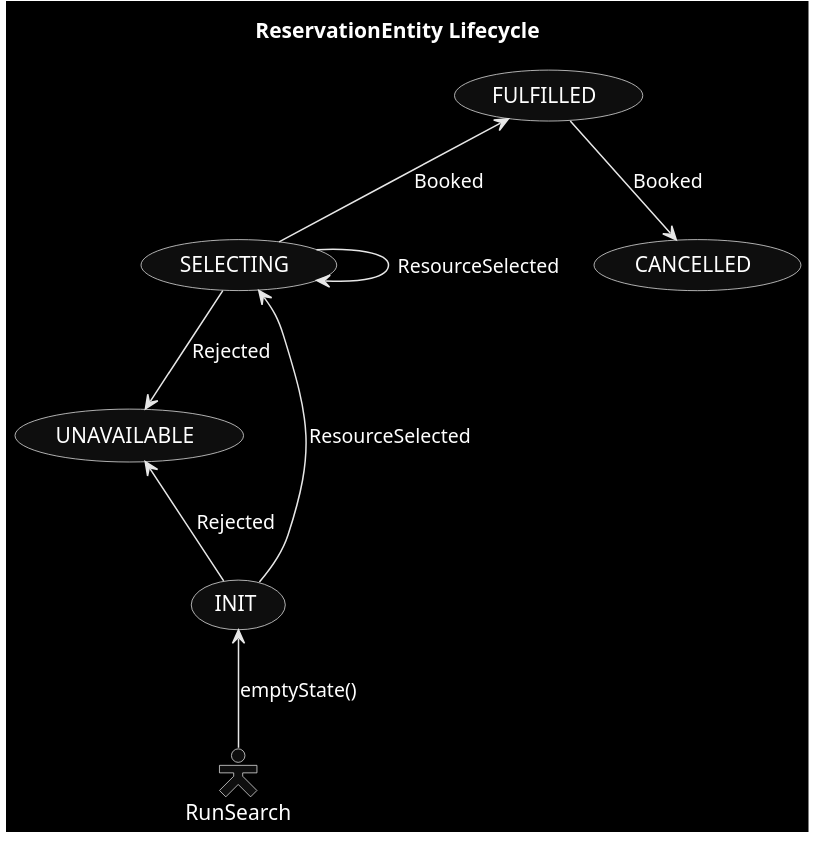
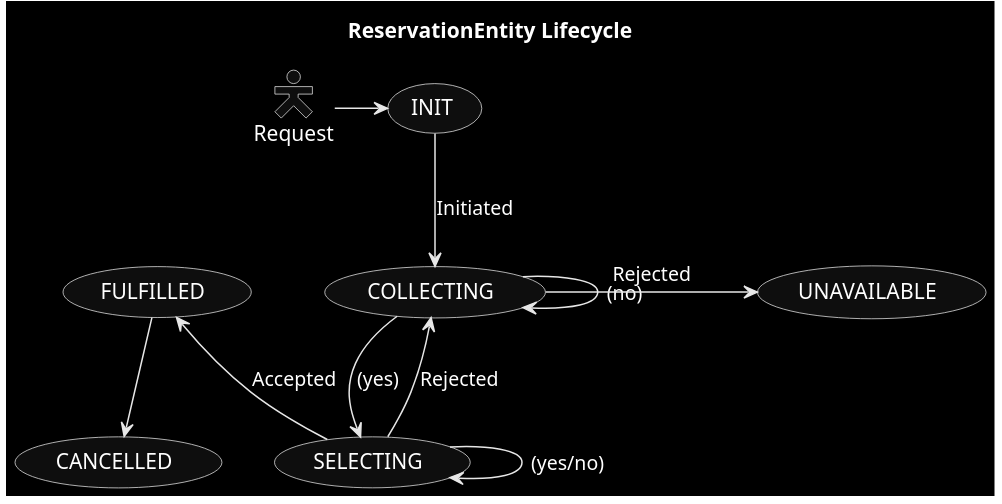
Before and after one commit to max8github/rez: the diagram in reservation/facility/docs/fsm.puml, drawn with PlantUML. The commit also changed 12 other files, not shown here.

```diff
--- a/reservation/facility/docs/fsm.puml
+++ b/reservation/facility/docs/fsm.puml
@@ -1,13 +1,15 @@
 @startuml
 skinparam monochrome reverse
 skinparam actorStyle hollow
 
 title ReservationEntity Lifecycle
-RunSearch -up-> (INIT): emptyState()
-(INIT) --> (SELECTING): ResourceSelected
-(SELECTING) --> (SELECTING): ResourceSelected
-(UNAVAILABLE) <-down- (INIT): Rejected
-(FULFILLED) <-- (SELECTING): Booked
-(UNAVAILABLE) <-up- (SELECTING): Rejected
-(FULFILLED) --> (CANCELLED): Booked
+Request -> (INIT)
+(INIT) --> (COLLECTING): Initiated
+(COLLECTING) -> (COLLECTING): (no)
+(COLLECTING) --> (SELECTING): (yes)
+(SELECTING) --> (SELECTING): (yes/no)
+(UNAVAILABLE) <-left- (COLLECTING): Rejected
+(FULFILLED) <-- (SELECTING): Accepted
+(SELECTING) -> (COLLECTING): Rejected
+(FULFILLED) --> (CANCELLED)
 @enduml
```
